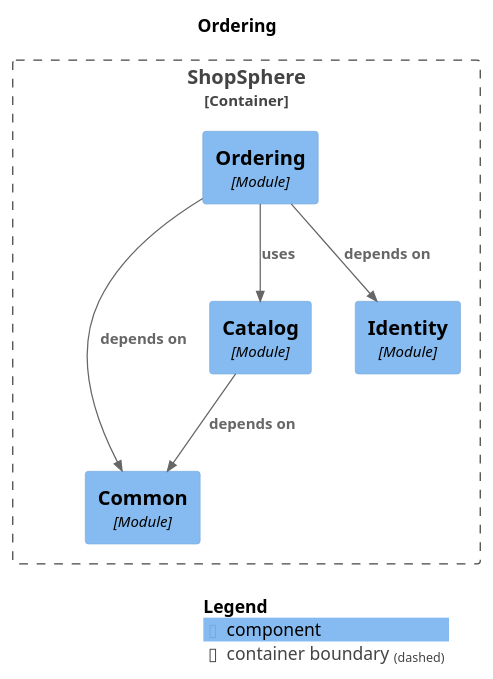
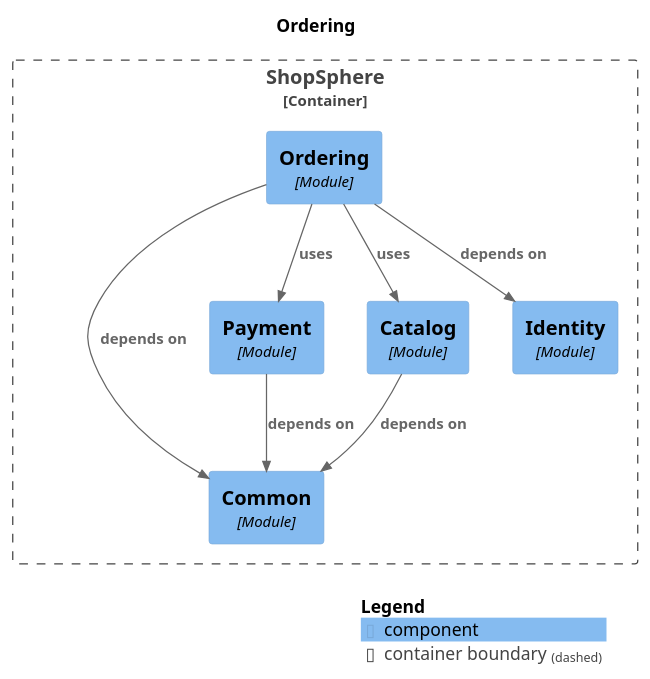
The diagram in docs/modulith/module-ordering.puml (Poojithvsc/shopsphere), drawn with PlantUML before and after one commit. The commit also changed 10 other files, not shown here.

```diff
--- a/docs/modulith/module-ordering.puml
+++ b/docs/modulith/module-ordering.puml
@@ -1,24 +1,27 @@
 @startuml
 set separator none
 title Ordering
 
 top to bottom direction
 
 !include <C4/C4>
 !include <C4/C4_Context>
 !include <C4/C4_Component>
 
 Container_Boundary("ShopSphere.ShopSphere_boundary", "ShopSphere", $tags="") {
   Component(ShopSphere.ShopSphere.Common, "Common", $techn="Module", $descr="", $tags="", $link="")
+  Component(ShopSphere.ShopSphere.Payment, "Payment", $techn="Module", $descr="", $tags="", $link="")
   Component(ShopSphere.ShopSphere.Catalog, "Catalog", $techn="Module", $descr="", $tags="", $link="")
   Component(ShopSphere.ShopSphere.Identity, "Identity", $techn="Module", $descr="", $tags="", $link="")
   Component(ShopSphere.ShopSphere.Ordering, "Ordering", $techn="Module", $descr="", $tags="", $link="")
 }
 
+Rel(ShopSphere.ShopSphere.Ordering, ShopSphere.ShopSphere.Catalog, "uses", $techn="", $tags="", $link="")
+Rel(ShopSphere.ShopSphere.Ordering, ShopSphere.ShopSphere.Payment, "uses", $techn="", $tags="", $link="")
+Rel(ShopSphere.ShopSphere.Catalog, ShopSphere.ShopSphere.Common, "depends on", $techn="", $tags="", $link="")
+Rel(ShopSphere.ShopSphere.Payment, ShopSphere.ShopSphere.Common, "depends on", $techn="", $tags="", $link="")
 Rel(ShopSphere.ShopSphere.Ordering, ShopSphere.ShopSphere.Identity, "depends on", $techn="", $tags="", $link="")
 Rel(ShopSphere.ShopSphere.Ordering, ShopSphere.ShopSphere.Common, "depends on", $techn="", $tags="", $link="")
-Rel(ShopSphere.ShopSphere.Ordering, ShopSphere.ShopSphere.Catalog, "uses", $techn="", $tags="", $link="")
-Rel(ShopSphere.ShopSphere.Catalog, ShopSphere.ShopSphere.Common, "depends on", $techn="", $tags="", $link="")
 
 SHOW_LEGEND(true)
 @enduml
```
